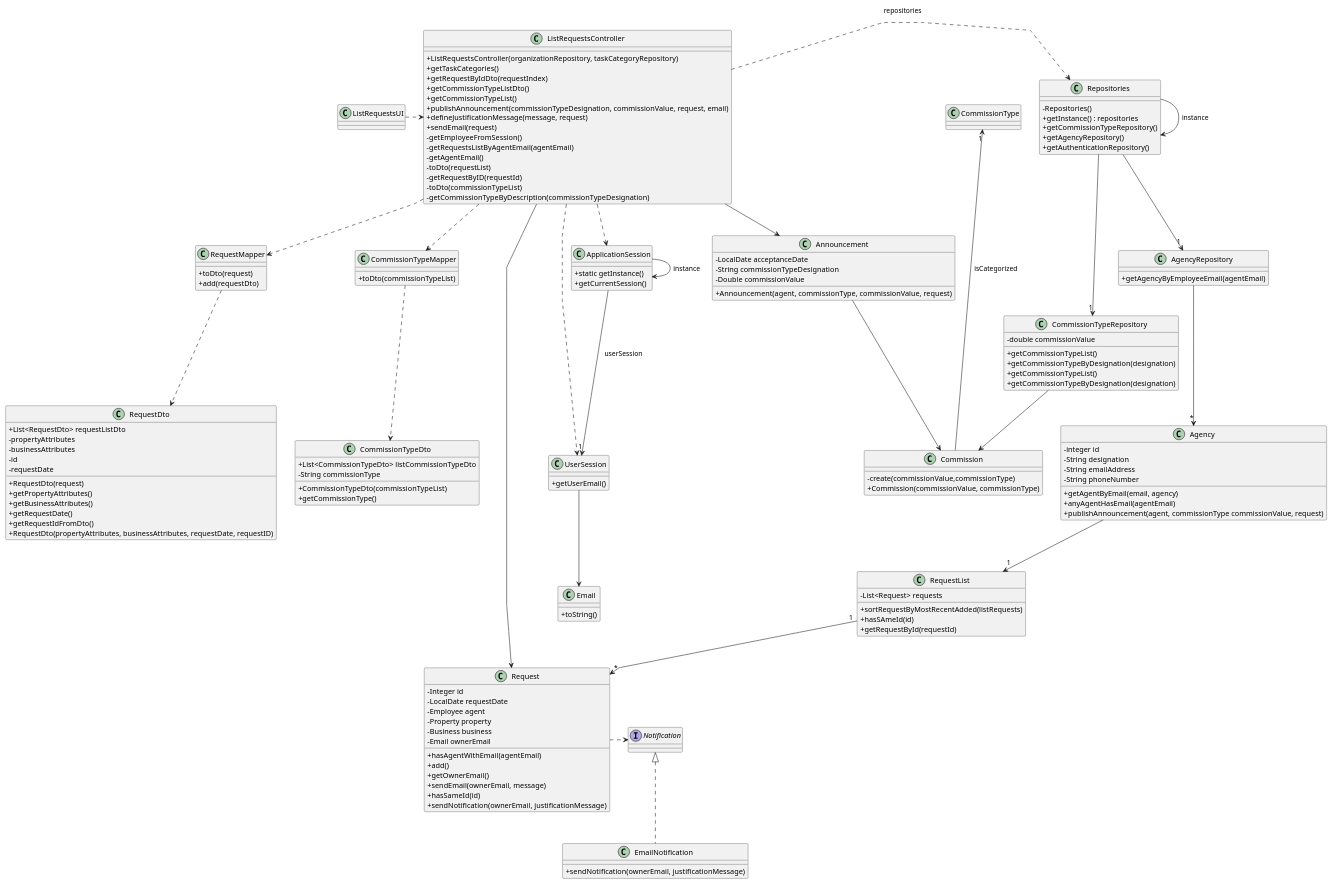
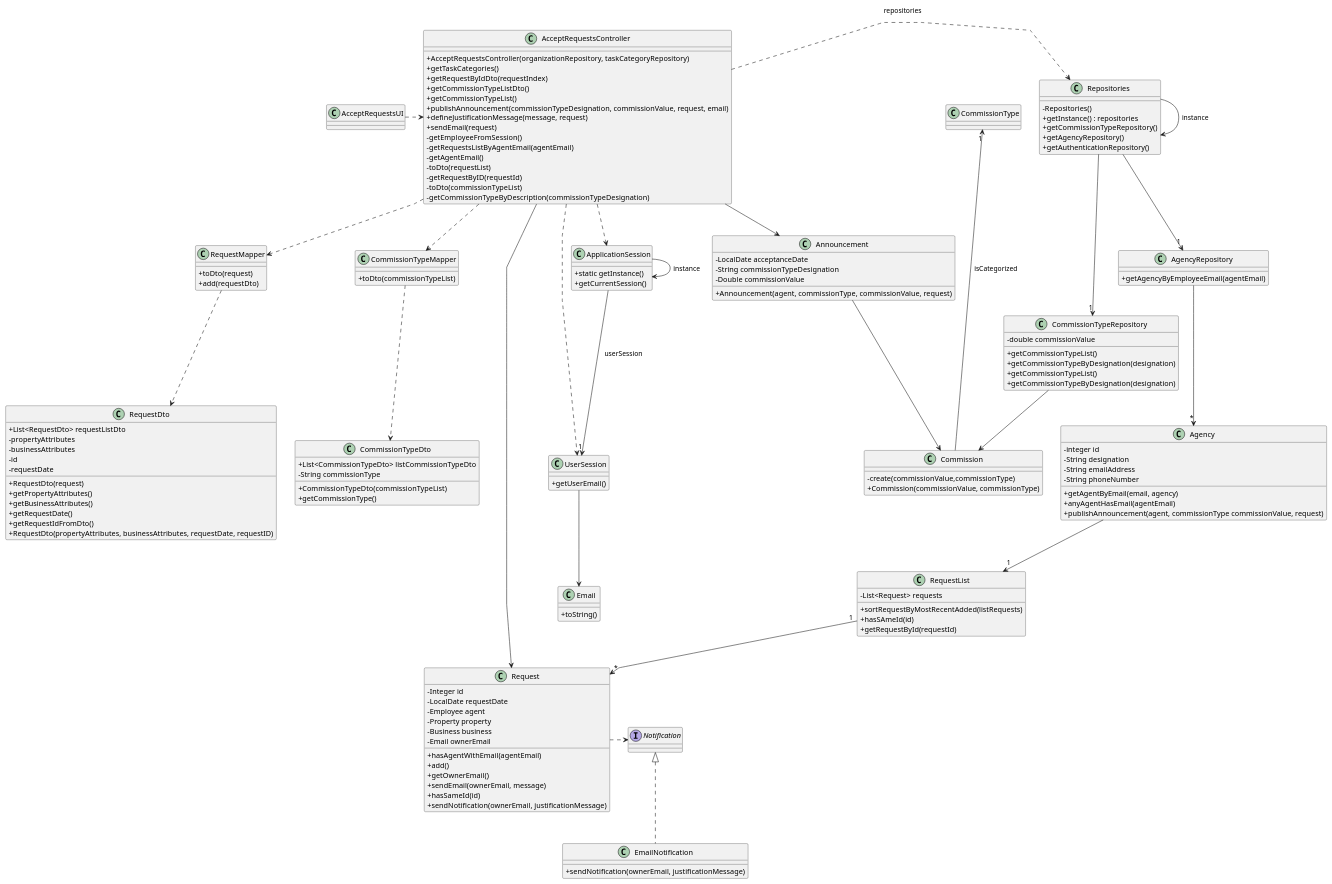
Before and after one commit to rita-barbosa/LAPR2-2223: the diagram in docs/sprintD/us008/03.design/puml/us008-class-diagram.puml, drawn with PlantUML. The commit also changed 15 other files, not shown here.

Commit message:
Update Sequence Diagram (all) & Class Diagram + SVG's [US008][Design]

```diff
--- a/docs/sprintD/us008/03.design/puml/us008-class-diagram.puml
+++ b/docs/sprintD/us008/03.design/puml/us008-class-diagram.puml
@@ -1,199 +1,199 @@
 @startuml
 'skinparam monochrome true
 skinparam packageStyle rectangle
 skinparam shadowing false
 skinparam linetype polyline
 'skinparam linetype orto
 
 skinparam classAttributeIconSize 0
 
 'left to right direction
 
 class ApplicationSession {
     + static getInstance()
     + getCurrentSession()
 }
 
 class UserSession {
     + getUserEmail()
 }
 
 'class Person {
 '    - agentEmail
 '}
 
 class CommissionTypeRepository {
     - double commissionValue
 
     + getCommissionTypeList()
     + getCommissionTypeByDesignation(designation)
 }
 
 class AgencyRepository {
     + getAgencyByEmployeeEmail(agentEmail)
 }
 
 class Repositories {
     - Repositories()
     + getInstance() : repositories
     + getCommissionTypeRepository()
     + getAgencyRepository()
     + getAuthenticationRepository()
 }
 
-class ListRequestsController {
-    + ListRequestsController(organizationRepository, taskCategoryRepository)
+class AcceptRequestsController {
+    + AcceptRequestsController(organizationRepository, taskCategoryRepository)
     + getTaskCategories()
     + getRequestByIdDto(requestIndex)
     + getCommissionTypeListDto()
     + getCommissionTypeList()
     + publishAnnouncement(commissionTypeDesignation, commissionValue, request, email)
     + defineJustificationMessage(message, request)
     + sendEmail(request)
     - getEmployeeFromSession()
     - getRequestsListByAgentEmail(agentEmail)
     - getAgentEmail()
     - toDto(requestList)
     - getRequestByID(requestId)
     - toDto(commissionTypeList)
     - getCommissionTypeByDescription(commissionTypeDesignation)
 }
 
-class ListRequestsUI {
+class AcceptRequestsUI {
 }
 
 class Email{
  +toString()
 }
 
 class Announcement{
     - LocalDate acceptanceDate
     - String commissionTypeDesignation
     - Double commissionValue
     + Announcement(agent, commissionType, commissionValue, request)
 }
 
 class Commission{
     - create(commissionValue,commissionType)
     + Commission(commissionValue, commissionType)
 }
 
 class CommissionTypeRepository {
     + getCommissionTypeList()
     + getCommissionTypeByDesignation(designation)
 }
 
 class Agency{
     - integer id
     - String designation
     - String emailAddress
     - String phoneNumber
 
     + getAgentByEmail(email, agency)
     + anyAgentHasEmail(agentEmail)
     + publishAnnouncement(agent, commissionType commissionValue, request)
 }
 
 class Request{
 -Integer id
 -LocalDate requestDate
 -Employee agent
 -Property property
 -Business business
 -Email ownerEmail
 
 +hasAgentWithEmail(agentEmail)
 +add()
 +getOwnerEmail()
 +sendEmail(ownerEmail, message)
 +hasSameId(id)
 + sendNotification(ownerEmail, justificationMessage)
 }
 
 class RequestList{
 -List<Request> requests
 
 +sortRequestByMostRecentAdded(listRequests)
 +hasSAmeId(id)
 +getRequestById(requestId)
 }
 
 class RequestMapper{
 +toDto(request)
 +add(requestDto)
 }
 
 class RequestDto{
 +List<RequestDto> requestListDto
 -propertyAttributes
 -businessAttributes
 -id
 -requestDate
 
 +RequestDto(request)
 +getPropertyAttributes()
 +getBusinessAttributes()
 +getRequestDate()
 +getRequestIdFromDto()
 +RequestDto(propertyAttributes, businessAttributes, requestDate, requestID)
 }
 
 interface Notification{
 }
 
 class EmailNotification implements Notification{
 +sendNotification(ownerEmail, justificationMessage)
 }
 
 class CommissionTypeMapper{
 +toDto(commissionTypeList)
 
 }
 
 class CommissionTypeDto{
 +List<CommissionTypeDto> listCommissionTypeDto
 -String commissionType
 +CommissionTypeDto(commissionTypeList)
 +getCommissionType()
 
 }
 
 
 
 Repositories -> Repositories : instance
 ApplicationSession -> ApplicationSession : instance
 
-ListRequestsUI .> ListRequestsController
+AcceptRequestsUI .> AcceptRequestsController
 
-ListRequestsController .> Repositories : repositories
+AcceptRequestsController .> Repositories : repositories
 
 Repositories --> "1" AgencyRepository
 Repositories --> "1" CommissionTypeRepository
 
 AgencyRepository --> "*" Agency
 
 ApplicationSession --> "1" UserSession : userSession
 UserSession --> Email
 
-ListRequestsController ..> ApplicationSession
-ListRequestsController ..> UserSession
+AcceptRequestsController ..> ApplicationSession
+AcceptRequestsController ..> UserSession
 
-ListRequestsController ..> RequestMapper
-ListRequestsController ..> CommissionTypeMapper
-ListRequestsController --> Announcement
-ListRequestsController -> Request
+AcceptRequestsController ..> RequestMapper
+AcceptRequestsController ..> CommissionTypeMapper
+AcceptRequestsController --> Announcement
+AcceptRequestsController -> Request
 Agency --> "1" RequestList
 RequestList "1" --> "*" Request
 Request .> Notification
 CommissionTypeRepository -> Commission
 Announcement --> Commission
 CommissionTypeMapper ..> CommissionTypeDto
 RequestMapper ..> RequestDto
 CommissionType "1" <--- Commission : isCategorized
 
 
 
 
 
 
 @enduml
```
